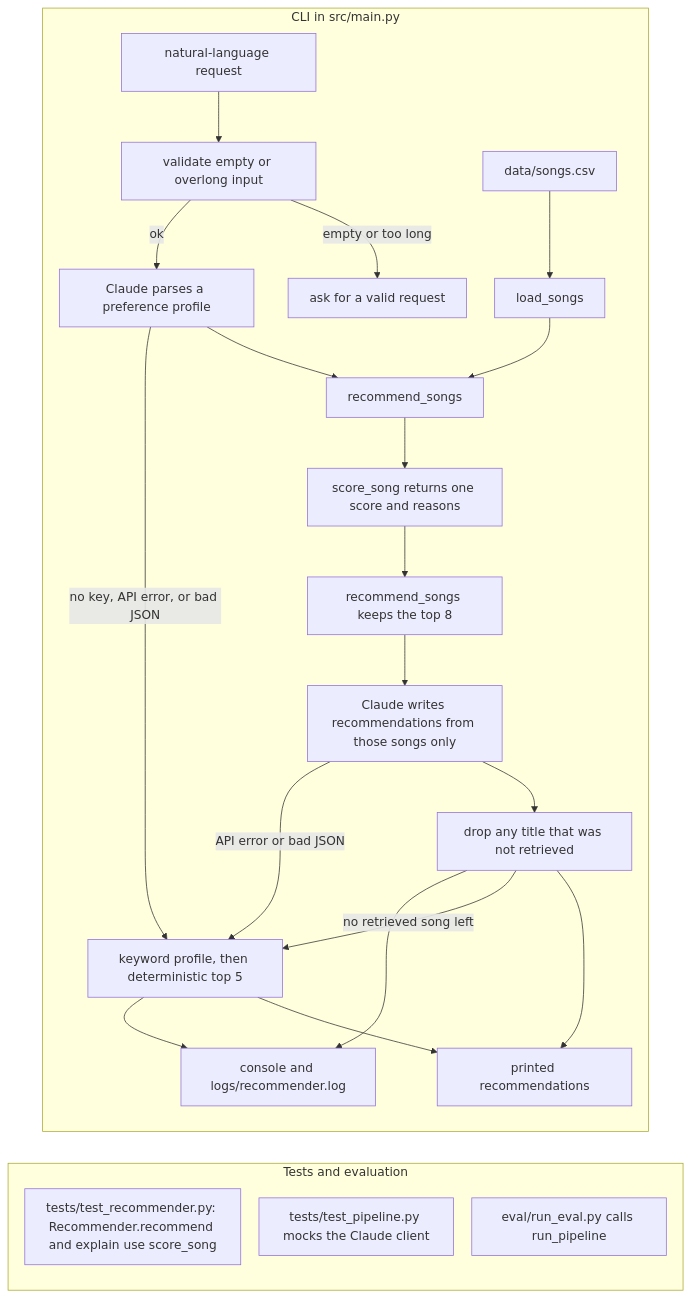
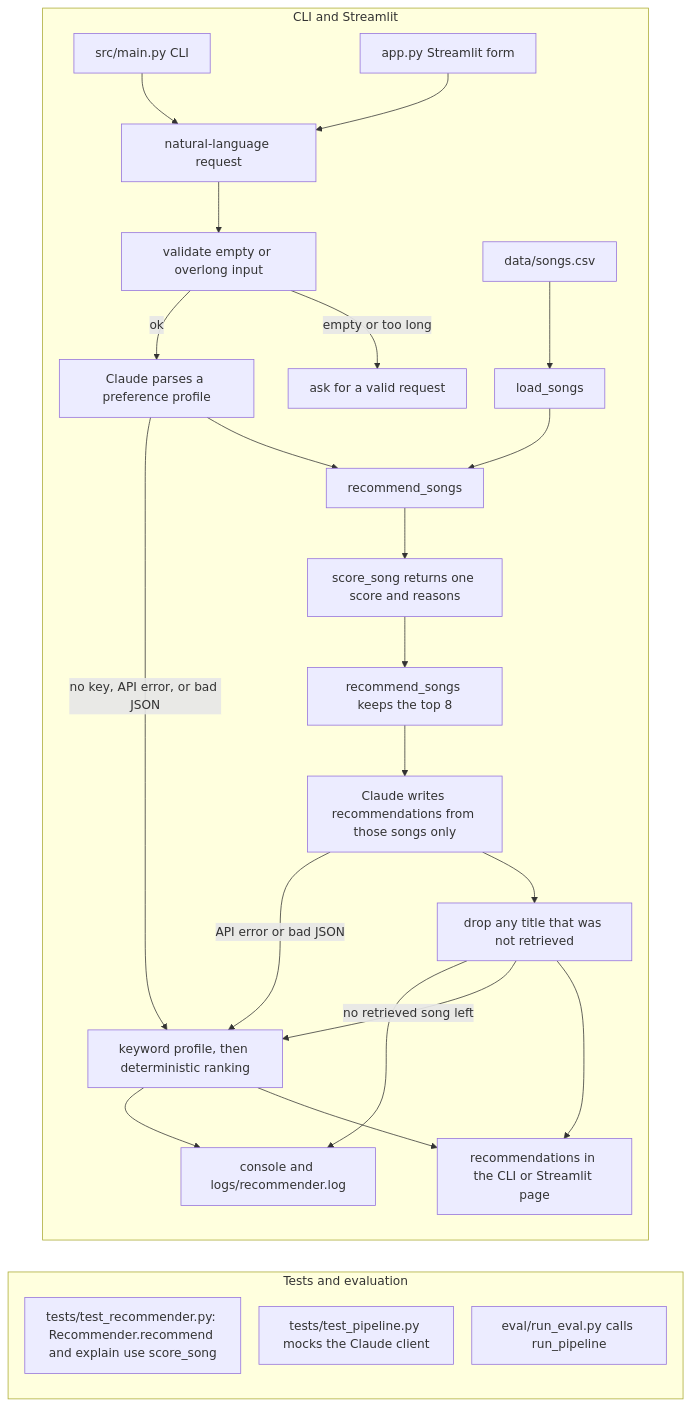
The diagram in diagrams/architecture.mmd (ThePurpleClub/applied-ai-system-project), drawn with Mermaid before and after one commit. The commit also changed 4 other files, not shown here.

First line of the commit message:
Add a Streamlit page for the recommender.

```diff
--- a/diagrams/architecture.mmd
+++ b/diagrams/architecture.mmd
@@ -1,31 +1,33 @@
 %%{init: {"flowchart": {"rankSpacing": 42, "nodeSpacing": 24, "padding": 14}}}%%
 flowchart TD
-    subgraph app ["CLI in src/main.py"]
+    subgraph app ["CLI and Streamlit"]
         direction TB
-        request["natural-language request"] --> checkLen["validate empty or overlong input"]
+        cli["src/main.py CLI"] --> request["natural-language request"]
+        ui["app.py Streamlit form"] --> request
+        request --> checkLen["validate empty or overlong input"]
         checkLen -->|"empty or too long"| rejected["ask for a valid request"]
         checkLen -->|"ok"| parse["Claude parses a preference profile"]
         csv["data/songs.csv"] --> loadSongs["load_songs"]
         parse --> retrieve["recommend_songs"]
         loadSongs --> retrieve
         retrieve --> score["score_song returns one score and reasons"]
         score --> topn["recommend_songs keeps the top 8"]
         topn --> generate["Claude writes recommendations from those songs only"]
         generate --> guard["drop any title that was not retrieved"]
-        guard --> stdout["printed recommendations"]
-        parse -->|"no key, API error, or bad JSON"| fallback["keyword profile, then deterministic top 5"]
+        guard --> stdout["recommendations in the CLI or Streamlit page"]
+        parse -->|"no key, API error, or bad JSON"| fallback["keyword profile, then deterministic ranking"]
         generate -->|"API error or bad JSON"| fallback
         guard -->|"no retrieved song left"| fallback
         fallback --> stdout
         guard --> logs["console and logs/recommender.log"]
         fallback --> logs
     end
 
     subgraph checks ["Tests and evaluation"]
         direction TB
         recommenderTests["tests/test_recommender.py: Recommender.recommend and explain use score_song"]
         pipelineTests["tests/test_pipeline.py mocks the Claude client"]
         evalScript["eval/run_eval.py calls run_pipeline"]
     end
 
     app ~~~ checks
```
